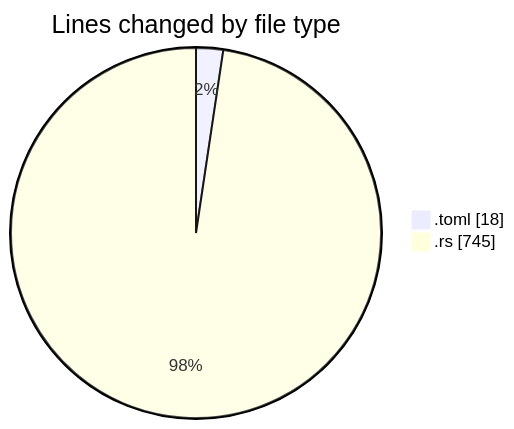
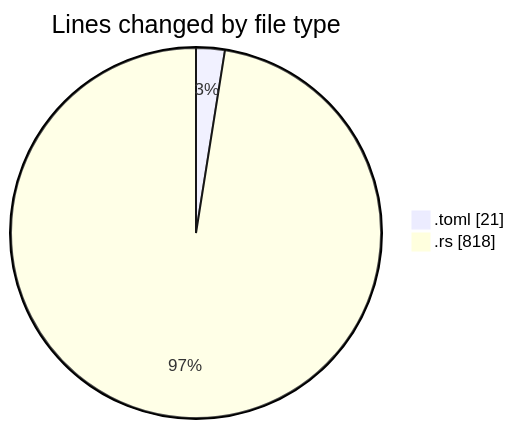
The first of 2 diagrams in 2025-01-02/3drust/README.md (ernivani/code-tracking), drawn with Mermaid before and after one commit. The commit also changed other lines of this file and 2 other files, not shown here.

````diff
--- a/2025-01-02/3drust/README.md
+++ b/2025-01-02/3drust/README.md
@@ -21,6 +21,6 @@
 ```mermaid
 pie showData
 title Lines changed by file type
-".toml" : 18
-".rs" : 745
+".toml" : 21
+".rs" : 818
 ```
````
